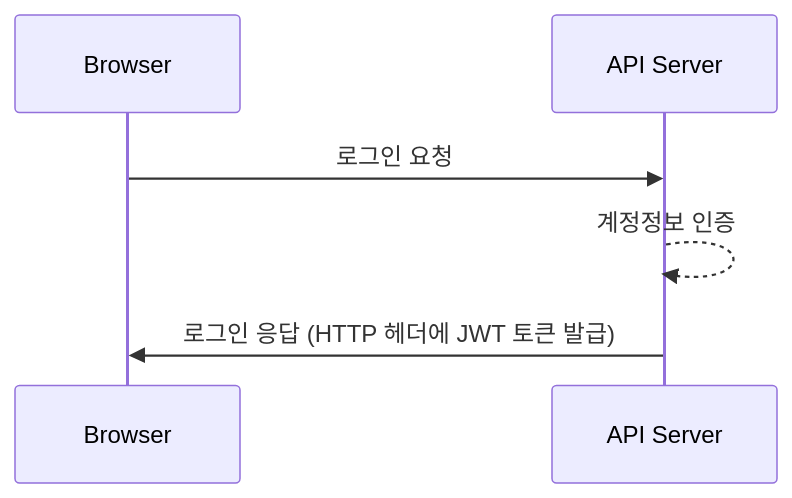
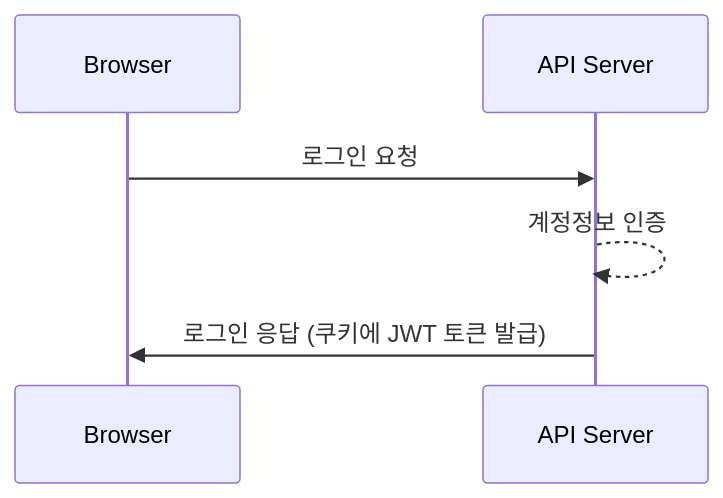
The second of 4 diagrams in README.md (BenchPress200/auth-tutorial), drawn with Mermaid before and after one commit. The commit also changed other lines of this file and 20 other files, not shown here.

````diff
--- a/README.md
+++ b/README.md
@@ -34,10 +34,10 @@
 ```mermaid
 sequenceDiagram
   participant Browser
   participant API Server
 
   Browser->>API Server: 로그인 요청
   API Server-->>API Server: 계정정보 인증
 
-  API Server->>Browser: 로그인 응답 (HTTP 헤더에 JWT 토큰 발급)
+  API Server->>Browser: 로그인 응답 (쿠키에 JWT 토큰 발급)
 ```
````
